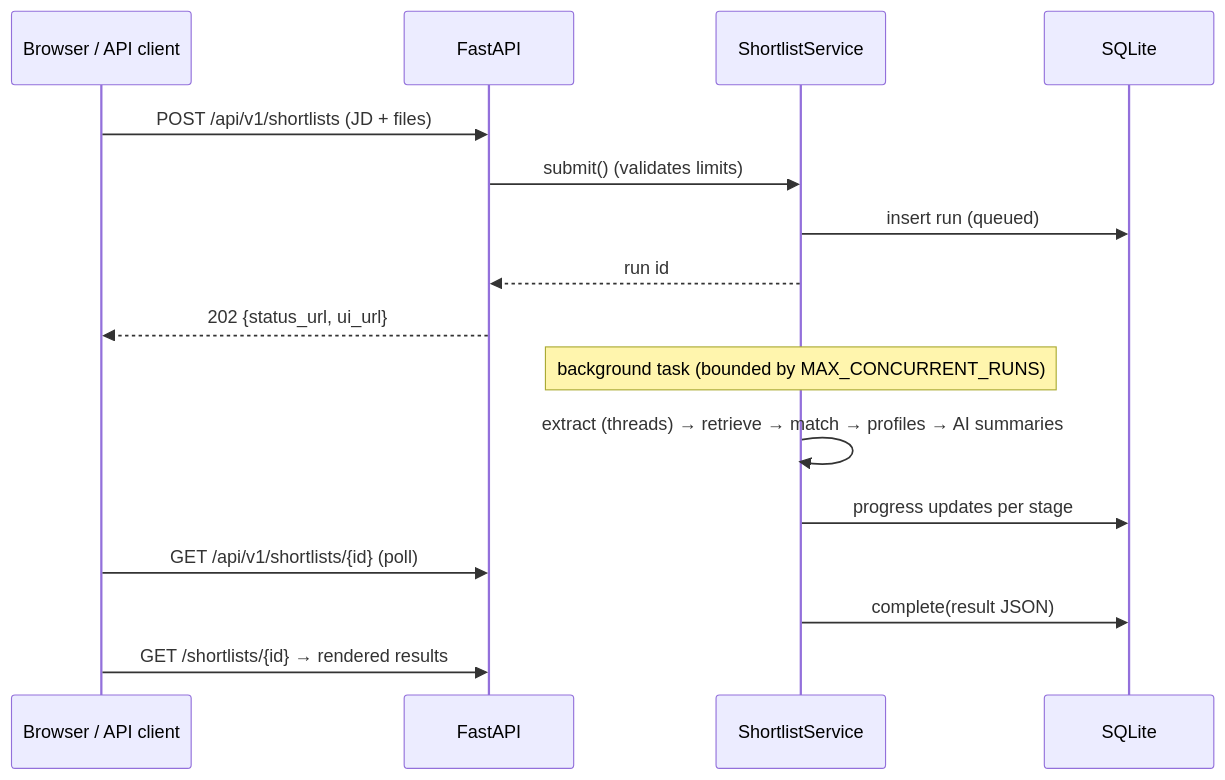
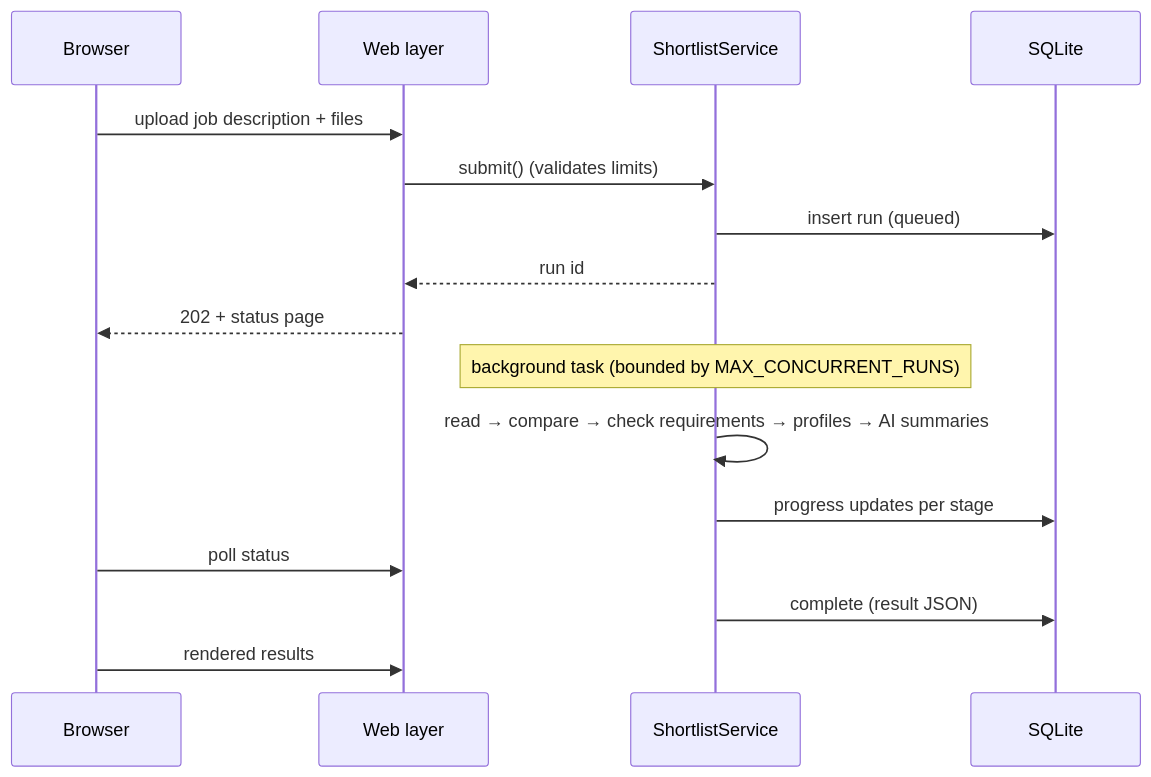
Before and after one commit to Varad1006/Smart-resume-shortlisting-system: the second of 2 diagrams in docs/architecture.md, drawn with Mermaid. The commit also changed other lines of this file and 32 other files, not shown here.

````diff
--- a/docs/architecture.md
+++ b/docs/architecture.md
@@ -38,18 +38,18 @@
 ```mermaid
 sequenceDiagram
-    participant UI as Browser / API client
-    participant API as FastAPI
+    participant UI as Browser
+    participant Web as Web layer
     participant S as ShortlistService
     participant DB as SQLite
-    UI->>API: POST /api/v1/shortlists (JD + files)
-    API->>S: submit()  (validates limits)
+    UI->>Web: upload job description + files
+    Web->>S: submit() (validates limits)
     S->>DB: insert run (queued)
-    S-->>API: run id
-    API-->>UI: 202 {status_url, ui_url}
+    S-->>Web: run id
+    Web-->>UI: 202 + status page
     Note over S: background task (bounded by MAX_CONCURRENT_RUNS)
-    S->>S: extract (threads) → retrieve → match → profiles → AI summaries
+    S->>S: read → compare → check requirements → profiles → AI summaries
     S->>DB: progress updates per stage
-    UI->>API: GET /api/v1/shortlists/{id} (poll)
-    S->>DB: complete(result JSON)
-    UI->>API: GET /shortlists/{id} → rendered results
+    UI->>Web: poll status
+    S->>DB: complete (result JSON)
+    UI->>Web: rendered results
 ```
````
